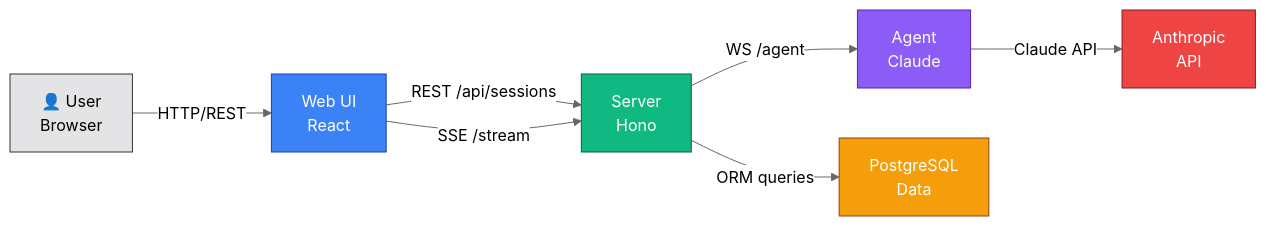
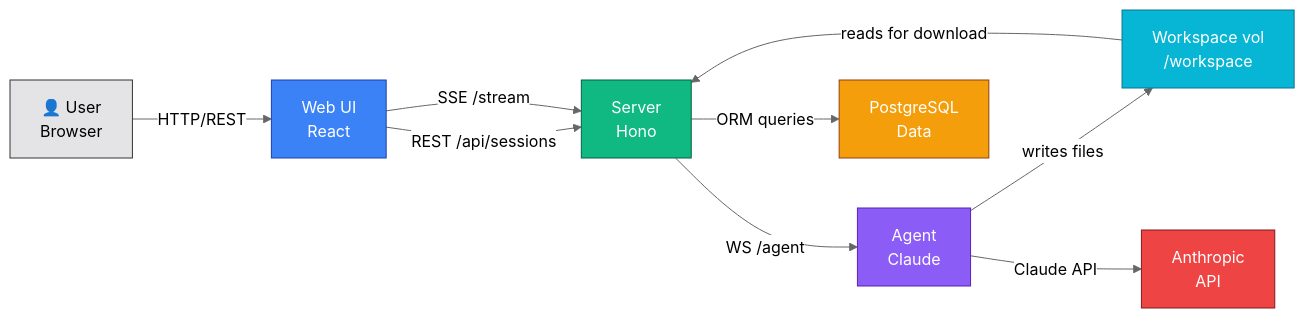
One commit to jack0lantern/humanlayer-coding-agent changed the second of 2 diagrams in docs/ARCHITECTURE.md. Above: the diagram before and after it, drawn with Mermaid (neutral theme). The commit also changed other lines of this file and 15 other files, not shown here.

First line of the commit message:
feat: align agent workspace with volume and improve event markdown

````diff
--- a/docs/ARCHITECTURE.md
+++ b/docs/ARCHITECTURE.md
@@ -47,23 +54,27 @@
 ```mermaid
 graph LR
     User["👤 User<br/>Browser"]
     WebUI["Web UI<br/>React"]
     Server["Server<br/>Hono"]
     Agent["Agent<br/>Claude"]
     DB["PostgreSQL<br/>Data"]
+    WS["Workspace vol<br/>/workspace"]
     API["Anthropic<br/>API"]
 
     User -->|HTTP/REST| WebUI
     WebUI -->|REST /api/sessions| Server
     WebUI -->|SSE /stream| Server
     Server -->|WS /agent| Agent
     Server -->|ORM queries| DB
+    WS -->|reads for download| Server
+    Agent -->|writes files| WS
     Agent -->|Claude API| API
 
     style User fill:#E4E4E7,stroke:#333,color:#000
     style WebUI fill:#3B82F6,stroke:#1E40AF,color:#fff
     style Server fill:#10B981,stroke:#065F46,color:#fff
     style Agent fill:#8B5CF6,stroke:#5B21B6,color:#fff
     style DB fill:#F59E0B,stroke:#92400E,color:#fff
+    style WS fill:#06B6D4,stroke:#0E7490,color:#fff
     style API fill:#EF4444,stroke:#7F1D1D,color:#fff
 ```
````
